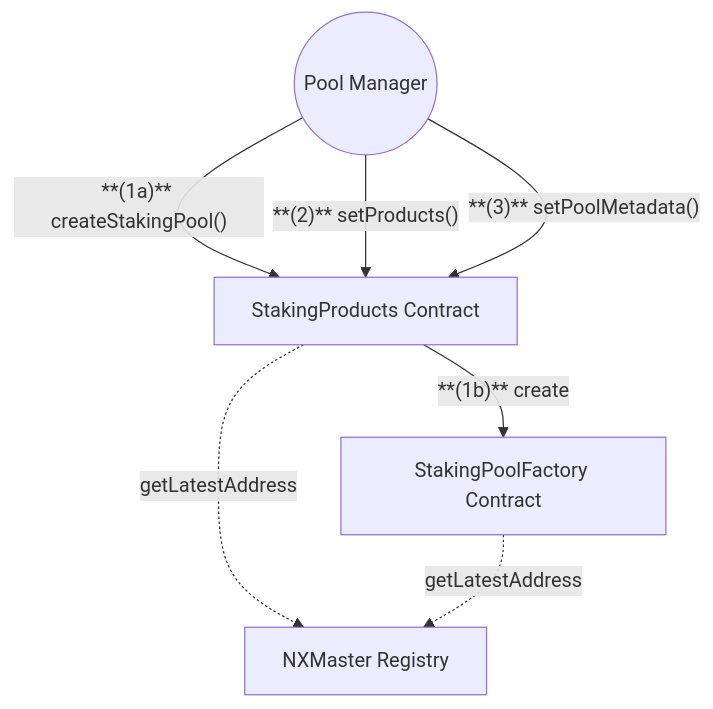
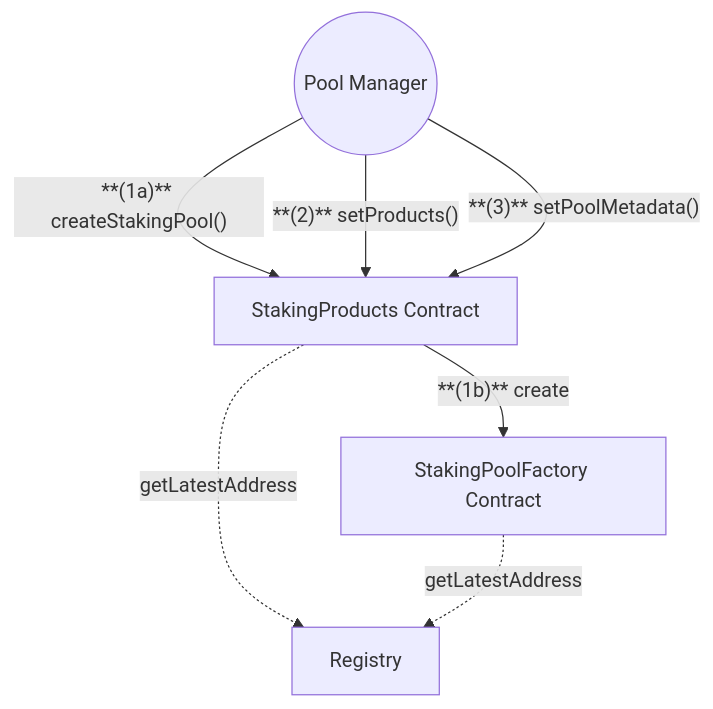
The second of 2 diagrams in docs/developers/Diagrams/Contracts Diagrams/staking.md (NexusMutual/docs), drawn with Mermaid before and after one commit. The commit also changed other lines of this file and 8 other files, not shown here.

First line of the commit message:
docs: update diagrams and user flows for the current contracts

````diff
--- a/docs/developers/Diagrams/Contracts Diagrams/staking.md
+++ b/docs/developers/Diagrams/Contracts Diagrams/staking.md
@@ -44,22 +44,22 @@
 ```mermaid
 graph TD
     %% Users
     Manager(("Pool Manager"))
 
     %% Contracts
     StakingProducts["StakingProducts Contract"]
     StakingPoolFactory["StakingPoolFactory Contract"]
-    NXMaster["NXMaster Registry"]
+    Registry["Registry"]
 
     %% Manager interactions
     Manager -->|"**(1a)** createStakingPool()"| StakingProducts
     Manager -->|"**(2)** setProducts()"| StakingProducts
     Manager -->|"**(3)** setPoolMetadata()"| StakingProducts
 
     %% Internal interactions
     StakingProducts -->|"**(1b)** create"| StakingPoolFactory
 
     %% Contract Registry interactions
-    StakingProducts -.->|"getLatestAddress"| NXMaster
-    StakingPoolFactory -.->|"getLatestAddress"| NXMaster
+    StakingProducts -.->|"getLatestAddress"| Registry
+    StakingPoolFactory -.->|"getLatestAddress"| Registry
 ```
````
